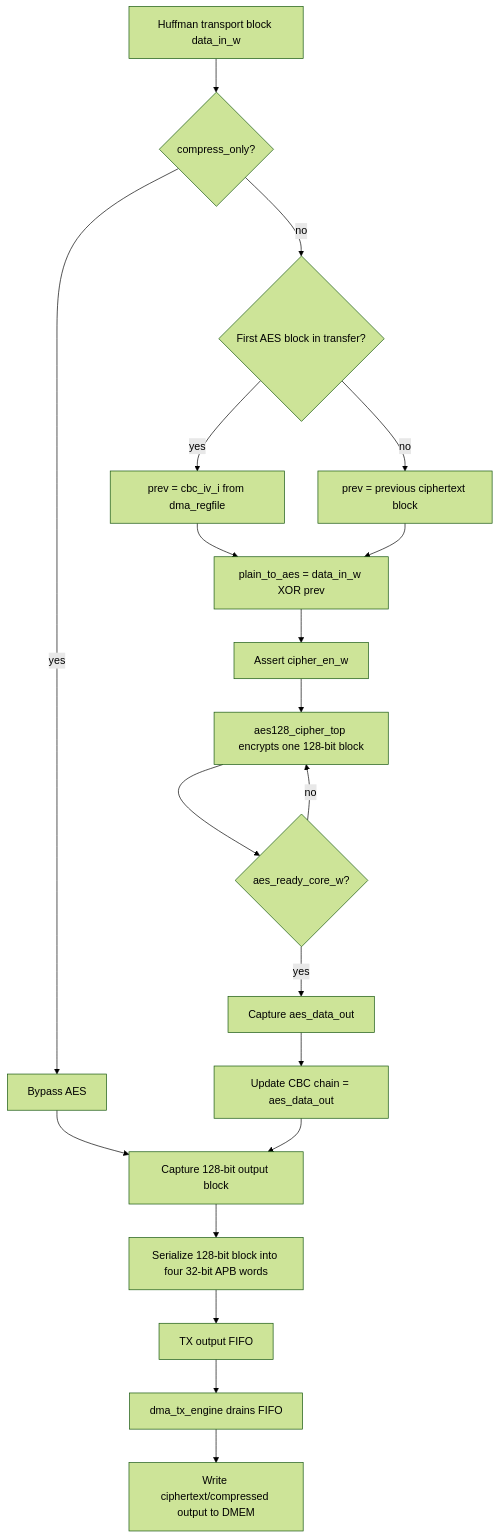
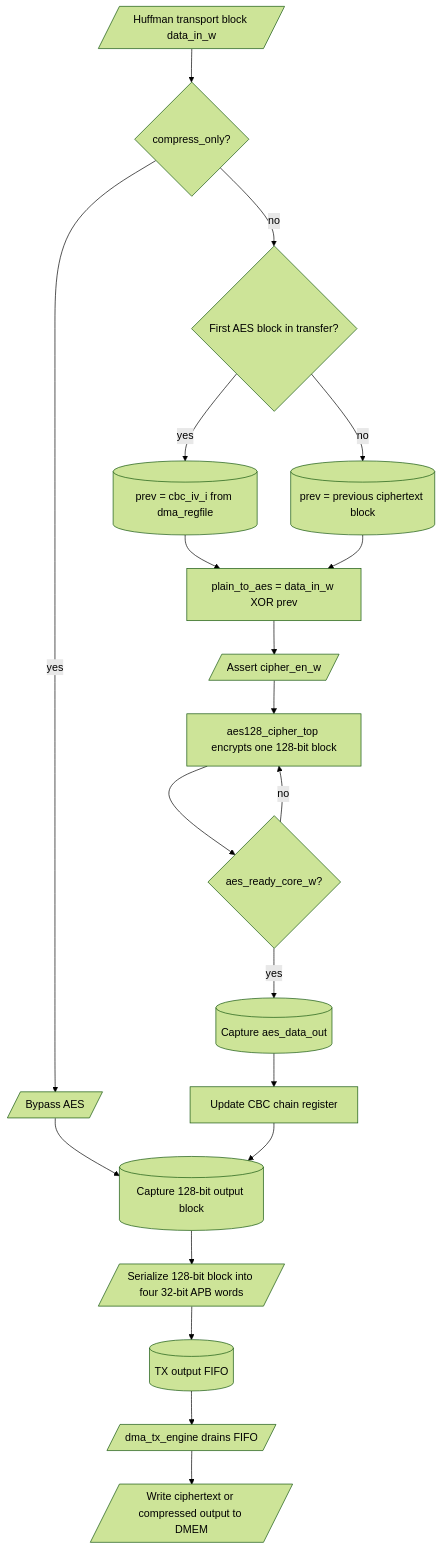
The fifth of 7 diagrams in docs/huffman_aes_riscv_flowchart_spec.md (ngoquocan139/AES_huffman_all6), drawn with Mermaid (forest theme) before and after one commit. The commit also changed other lines of this file and 28 other files, not shown here.

````diff
--- a/docs/huffman_aes_riscv_flowchart_spec.md
+++ b/docs/huffman_aes_riscv_flowchart_spec.md
@@ -205,24 +230,24 @@
 ```mermaid
 flowchart TD
-    A["Huffman transport block data_in_w"] --> B{"compress_only?"}
-    B -->|"yes"| C["Bypass AES"]
-    C --> D["Capture 128-bit output block"]
+    A[/"Huffman transport block data_in_w"/] --> B{"compress_only?"}
+    B -->|"yes"| C[/"Bypass AES"/]
+    C --> D[("Capture 128-bit output block")]
 
     B -->|"no"| E{"First AES block in transfer?"}
-    E -->|"yes"| F["prev = cbc_iv_i from dma_regfile"]
-    E -->|"no"| G["prev = previous ciphertext block"]
+    E -->|"yes"| F[("prev = cbc_iv_i from dma_regfile")]
+    E -->|"no"| G[("prev = previous ciphertext block")]
     F --> H["plain_to_aes = data_in_w XOR prev"]
     G --> H
-    H --> I["Assert cipher_en_w"]
+    H --> I[/"Assert cipher_en_w"/]
     I --> J["aes128_cipher_top encrypts one 128-bit block"]
     J --> K{"aes_ready_core_w?"}
     K -->|"no"| J
-    K -->|"yes"| L["Capture aes_data_out"]
-    L --> M["Update CBC chain = aes_data_out"]
+    K -->|"yes"| L[("Capture aes_data_out")]
+    L --> M["Update CBC chain register"]
     M --> D
 
-    D --> N["Serialize 128-bit block into four 32-bit APB words"]
-    N --> O["TX output FIFO"]
-    O --> P["dma_tx_engine drains FIFO"]
-    P --> Q["Write ciphertext/compressed output to DMEM"]
+    D --> N[/"Serialize 128-bit block into four 32-bit APB words"/]
+    N --> O[("TX output FIFO")]
+    O --> P[/"dma_tx_engine drains FIFO"/]
+    P --> Q[/"Write ciphertext or compressed output to DMEM"/]
 ```
````
